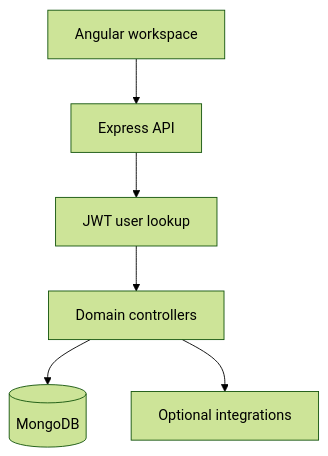
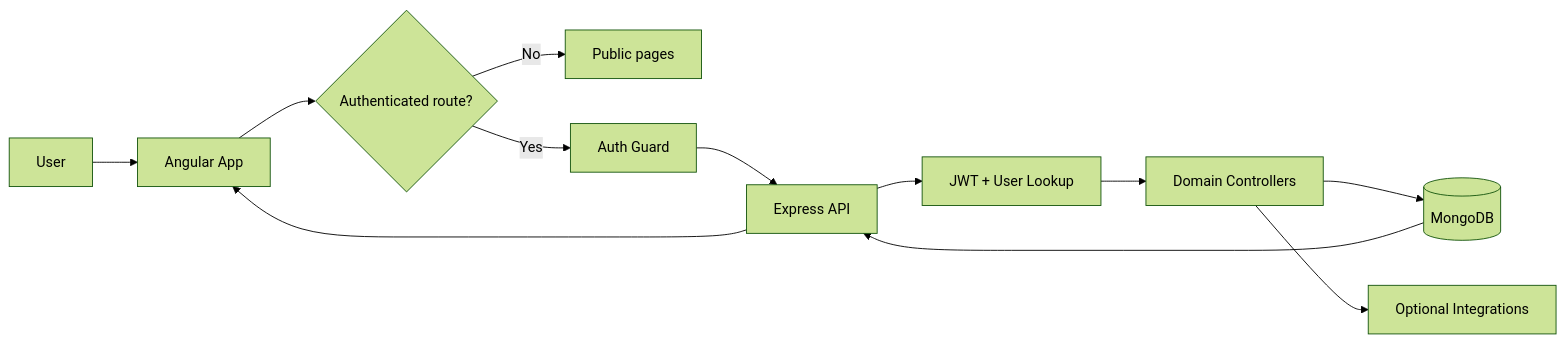
One commit to HidayahMF/PadelLifeHub changed the first of 5 diagrams in docs/development-pipeline.md. Above: the diagram before and after it, drawn with Mermaid (forest theme). The commit also changed other lines of this file, not shown here.

````diff
--- a/docs/development-pipeline.md
+++ b/docs/development-pipeline.md
@@ -25,8 +9,14 @@
 ```mermaid
-flowchart TD
- U["Angular workspace"] --> A["Express API"]
- A --> H["JWT user lookup"]
- H --> C["Domain controllers"]
- C --> D[("MongoDB")]
- C --> I["Optional integrations"]
+flowchart LR
+    U[User] --> F[Angular App]
+    F --> G{Authenticated route?}
+    G -->|No| P[Public pages]
+    G -->|Yes| A[Auth Guard]
+    A --> API[Express API]
+    API --> JWT[JWT + User Lookup]
+    JWT --> C[Domain Controllers]
+    C --> DB[(MongoDB)]
+    C --> EXT[Optional Integrations]
+    DB --> API
+    API --> F
 ```
````
